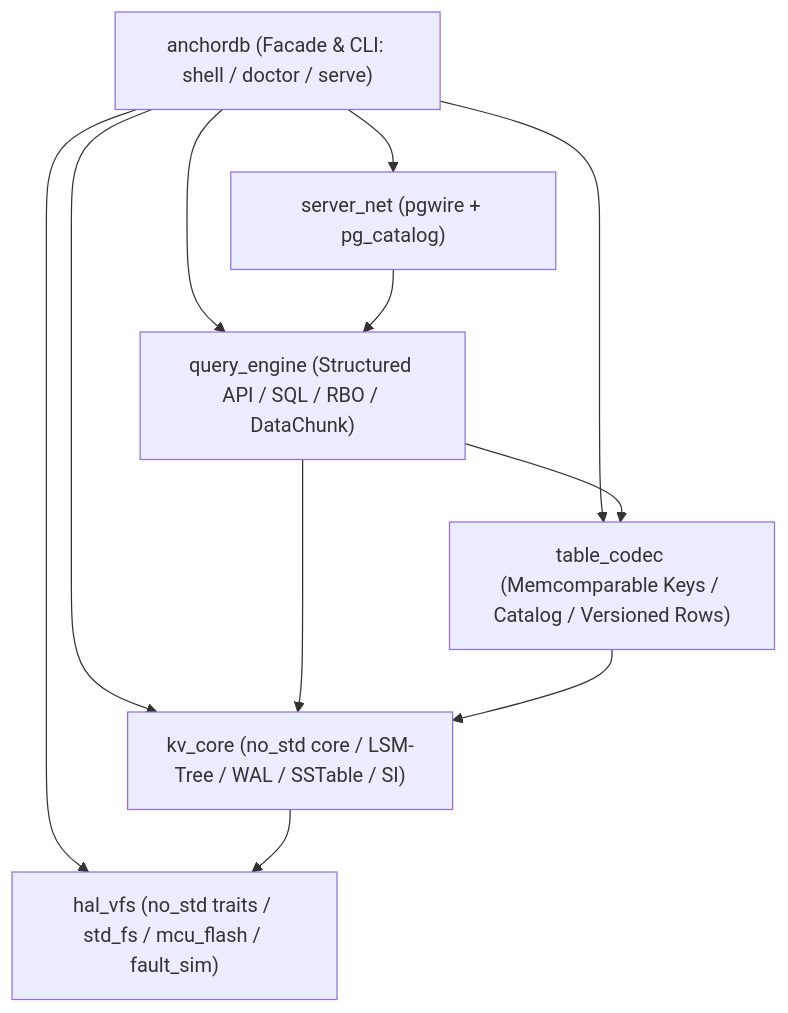
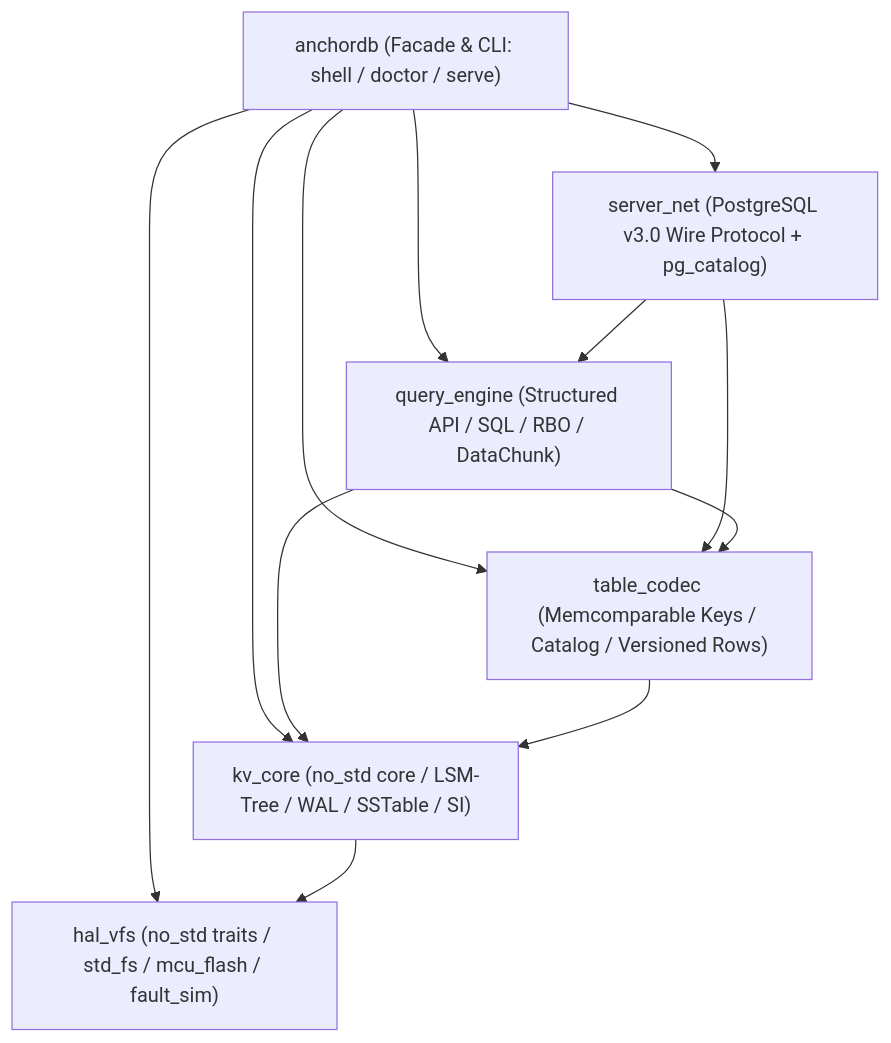
Before and after one commit to wangqiu2006/anchordb: the diagram in README.md, drawn with Mermaid. The commit also changed other lines of this file and 11 other files, not shown here.

Commit message:
feat(phase3b): implement PostgreSQL v3.0 wire server, pg_catalog compat, anchordb serve, and TCP E2E tests

````diff
--- a/README.md
+++ b/README.md
@@ -15,20 +15,21 @@
 ```mermaid
 flowchart TD
     Facade["anchordb (Facade & CLI: shell / doctor / serve)"]
-    Net["server_net (pgwire + pg_catalog)"]
+    Net["server_net (PostgreSQL v3.0 Wire Protocol + pg_catalog)"]
     Query["query_engine (Structured API / SQL / RBO / DataChunk)"]
     Codec["table_codec (Memcomparable Keys / Catalog / Versioned Rows)"]
     Kv["kv_core (no_std core / LSM-Tree / WAL / SSTable / SI)"]
     Vfs["hal_vfs (no_std traits / std_fs / mcu_flash / fault_sim)"]
 
     Facade --> Net
     Facade --> Query
     Facade --> Codec
     Facade --> Kv
     Facade --> Vfs
     Net --> Query
+    Net --> Codec
     Query --> Codec
     Query --> Kv
     Codec --> Kv
     Kv --> Vfs
 ```
````
